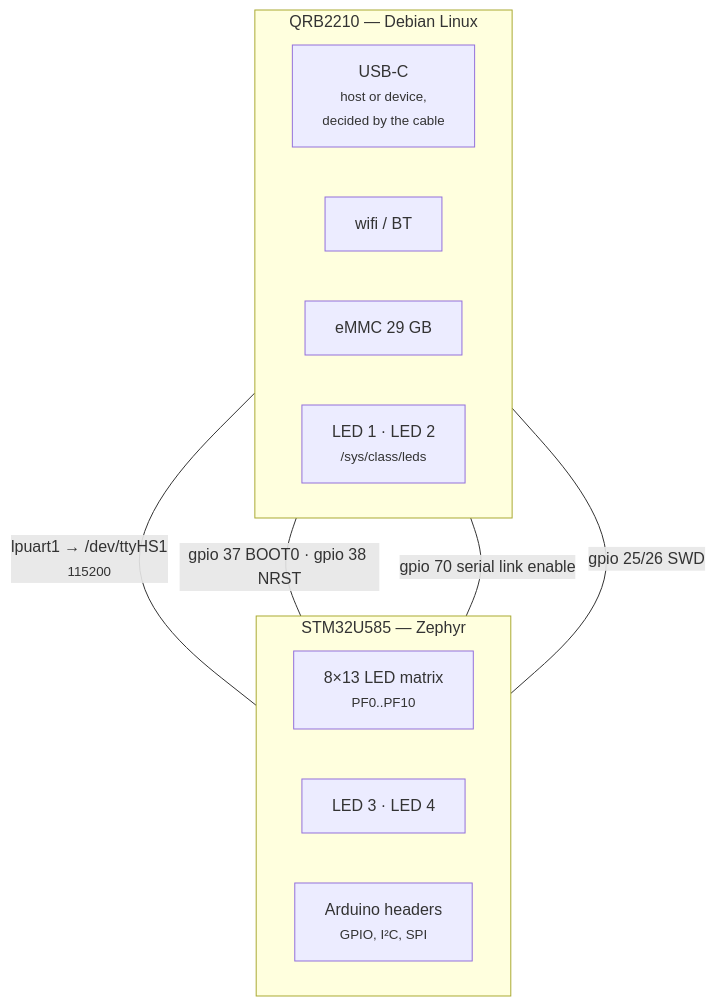
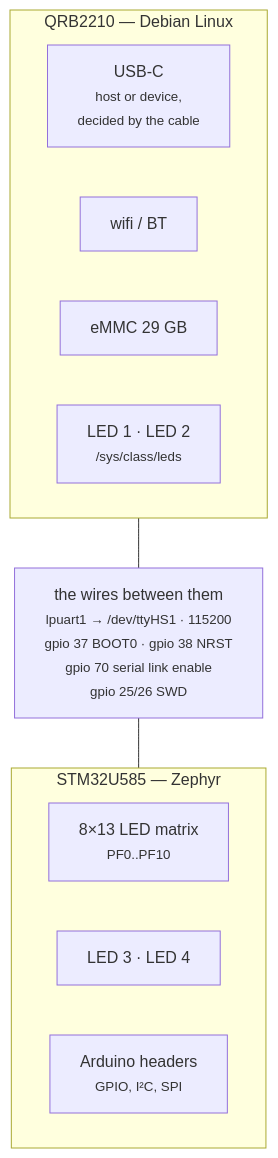
Before and after one commit to jim-wyatt/two-computers-one-board: the diagram in docs/reference/hardware.md, drawn with Mermaid. The commit also changed other lines of this file and 12 other files, not shown here.

First line of the commit message:
Diagrams are drawn at a size you can read, and a gate keeps them there (#83)

````diff
--- a/docs/reference/hardware.md
+++ b/docs/reference/hardware.md
@@ -19,18 +19,16 @@
 ```mermaid
 flowchart TB
   subgraph MPU["QRB2210 — Debian Linux"]
     U["USB-C<br/><small>host or device,<br/>decided by the cable</small>"]
     W["wifi / BT"]
     E["eMMC 29 GB"]
     L12["LED 1 · LED 2<br/><small>/sys/class/leds</small>"]
   end
   subgraph MCU["STM32U585 — Zephyr"]
     M["8×13 LED matrix<br/><small>PF0..PF10</small>"]
     L34["LED 3 · LED 4"]
     H["Arduino headers<br/><small>GPIO, I²C, SPI</small>"]
   end
-  MPU ---|"lpuart1 → /dev/ttyHS1<br/><small>115200</small>"| MCU
-  MPU ---|"gpio 37 BOOT0 · gpio 38 NRST"| MCU
-  MPU ---|"gpio 70 serial link enable"| MCU
-  MPU ---|"gpio 25/26 SWD"| MCU
+  X["the wires between them<br/><small>lpuart1 → /dev/ttyHS1 · 115200</small><br/><small>gpio 37 BOOT0 · gpio 38 NRST</small><br/><small>gpio 70 serial link enable</small><br/><small>gpio 25/26 SWD</small>"]
+  MPU --- X --- MCU
 ```
````
